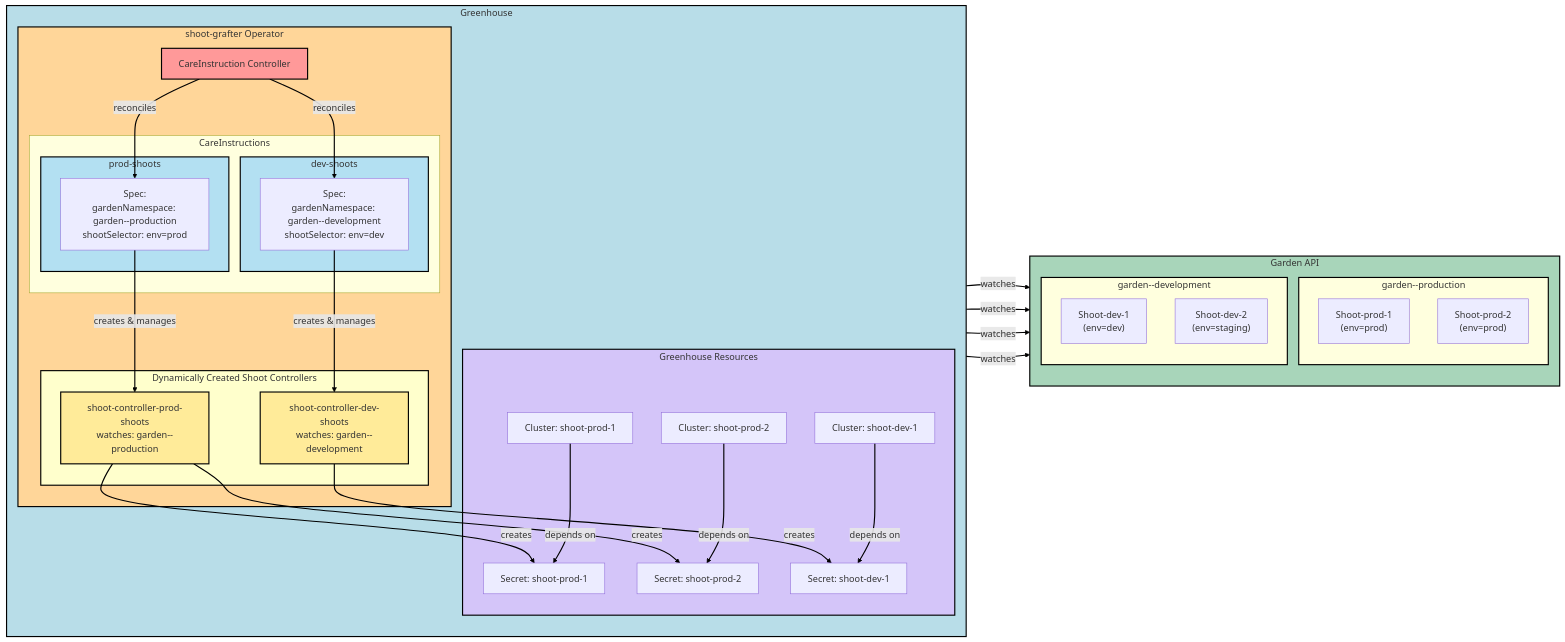
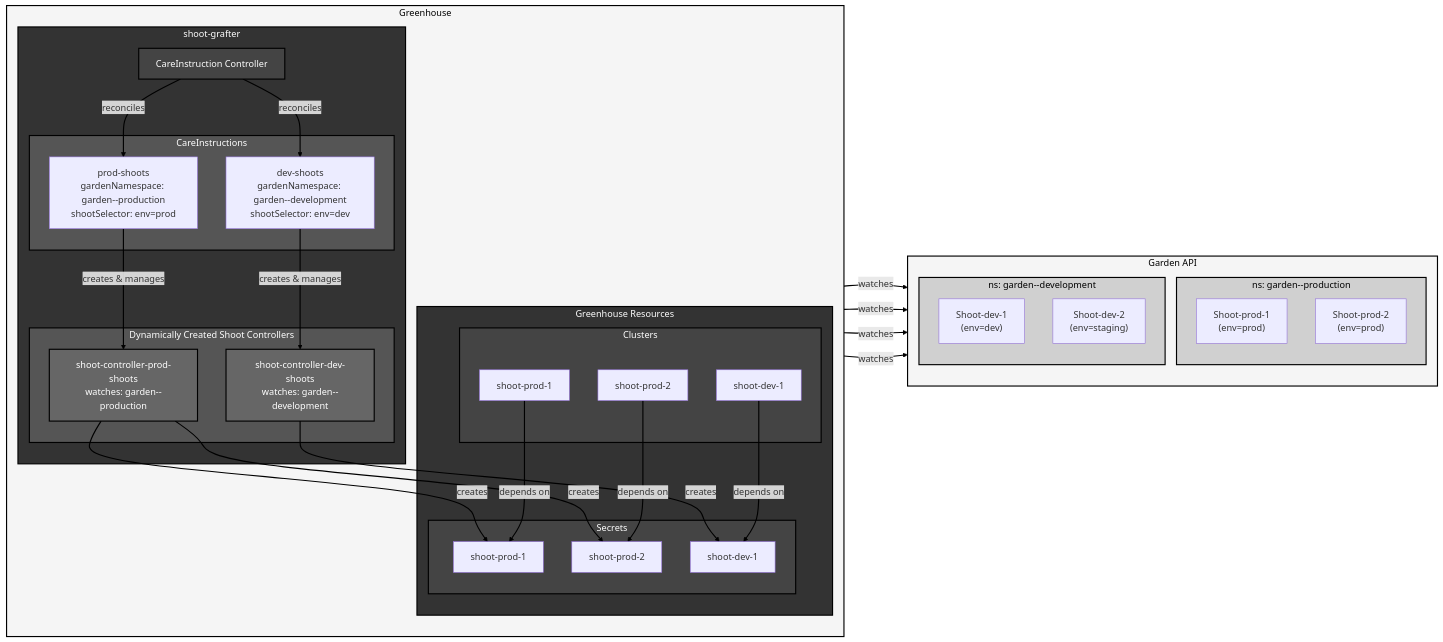
Before and after one commit to cloudoperators/shoot-grafter: the diagram in README.md, drawn with Mermaid. The commit also changed other lines of this file, not shown here.

Commit message:
monochrome diagram & README fixes

````diff
--- a/README.md
+++ b/README.md
@@ -29,80 +29,80 @@
 ```mermaid
 graph LR
     subgraph Garden["Garden API"]
         direction TB
-        subgraph NS1["garden--production"]
+        subgraph NS1["ns: garden--production"]
             Shoot1["Shoot-prod-1<br/>(env=prod)"]
             Shoot2["Shoot-prod-2<br/>(env=prod)"]
         end
-        subgraph NS2["garden--development"]
+        subgraph NS2["ns: garden--development"]
             Shoot3["Shoot-dev-1<br/>(env=dev)"]
             Shoot4["Shoot-dev-2<br/>(env=staging)"]
         end
     end
     
     subgraph Greenhouse["Greenhouse"]
         direction TB
         
-        subgraph ShootGrafter["shoot-grafter Operator"]
+        subgraph ShootGrafter["shoot-grafter"]
             CIC[CareInstruction Controller]
             
             subgraph CareInstructions["CareInstructions"]
-                subgraph CI1Box["prod-shoots"]
-                    CI1["Spec:<br/>gardenNamespace: garden--production<br/>shootSelector: env=prod"]
-                end
-                
-                subgraph CI2Box["dev-shoots"]
-                    CI2["Spec:<br/>gardenNamespace: garden--development<br/>shootSelector: env=dev"]
-                end
+                CI1["prod-shoots<br/>gardenNamespace: garden--production<br/>shootSelector: env=prod"]
+                CI2["dev-shoots<br/>gardenNamespace: garden--development<br/>shootSelector: env=dev"]
             end
             
             subgraph DynamicControllers["Dynamically Created Shoot Controllers"]
                 SC1[shoot-controller-prod-shoots<br/>watches: garden--production]
                 SC2[shoot-controller-dev-shoots<br/>watches: garden--development]
             end
         end
         
         subgraph Resources["Greenhouse Resources"]
-            SecretProd1[Secret: shoot-prod-1]
-            SecretProd2[Secret: shoot-prod-2]
-            SecretDev1[Secret: shoot-dev-1]
-            ClusterProd1[Cluster: shoot-prod-1]
-            ClusterProd2[Cluster: shoot-prod-2]
-            ClusterDev1[Cluster: shoot-dev-1]
+            subgraph Secrets["Secrets"]
+                SecretProd1[shoot-prod-1]
+                SecretProd2[shoot-prod-2]
+                SecretDev1[shoot-dev-1]
+            end
+            subgraph Clusters["Clusters"]
+                ClusterProd1[shoot-prod-1]
+                ClusterProd2[shoot-prod-2]
+                ClusterDev1[shoot-dev-1]
+            end
         end
     end
     
     CIC -->|reconciles| CI1
     CIC -->|reconciles| CI2
     
     CI1 -->|creates & manages| SC1
     CI2 -->|creates & manages| SC2
     
     SC1 -->|watches| Shoot1
     SC1 -->|watches| Shoot2
     SC2 -->|watches| Shoot3
     SC2 -->|watches| Shoot4
     
     SC1 -->|creates| SecretProd1
     SC1 -->|creates| SecretProd2
     SC2 -->|creates| SecretDev1
     
     ClusterProd1 -->|depends on| SecretProd1
     ClusterProd2 -->|depends on| SecretProd2
     ClusterDev1 -->|depends on| SecretDev1
     
-    style Garden fill:#a8d5ba,stroke:#000,stroke-width:2px
-    style Greenhouse fill:#b8dde8,stroke:#000,stroke-width:2px
-    style ShootGrafter fill:#ffd699,stroke:#000,stroke-width:2px
-    style CIC fill:#ff9999,stroke:#000,stroke-width:2px
-    style CI1Box fill:#b3e0f2,stroke:#000,stroke-width:2px
-    style CI2Box fill:#b3e0f2,stroke:#000,stroke-width:2px
-    style DynamicControllers fill:#ffffcc,stroke:#000,stroke-width:2px
-    style SC1 fill:#ffeb99,stroke:#000,stroke-width:2px
-    style SC2 fill:#ffeb99,stroke:#000,stroke-width:2px
-    style Resources fill:#d4c5f9,stroke:#000,stroke-width:2px
-    style NS1 stroke:#000,stroke-width:2px
-    style NS2 stroke:#000,stroke-width:2px
+    style Garden fill:#f5f5f5,stroke:#000,stroke-width:2px,color:#000
+    style Greenhouse fill:#f5f5f5,stroke:#000,stroke-width:2px,color:#000
+    style ShootGrafter fill:#333,stroke:#000,stroke-width:2px,color:#fff
+    style CareInstructions fill:#555,stroke:#000,stroke-width:2px,color:#fff
+    style CIC fill:#444,stroke:#000,stroke-width:2px,color:#fff
+    style DynamicControllers fill:#555,stroke:#000,stroke-width:2px,color:#fff
+    style SC1 fill:#666,stroke:#000,stroke-width:2px,color:#fff
+    style SC2 fill:#666,stroke:#000,stroke-width:2px,color:#fff
+    style Resources fill:#333,stroke:#000,stroke-width:2px,color:#fff
+    style Secrets fill:#444,stroke:#000,stroke-width:2px,color:#fff
+    style Clusters fill:#444,stroke:#000,stroke-width:2px,color:#fff
+    style NS1 fill:#d0d0d0,stroke:#000,stroke-width:2px,color:#000
+    style NS2 fill:#d0d0d0,stroke:#000,stroke-width:2px,color:#000
     
     linkStyle default stroke:#000,stroke-width:2px
 ```
````
